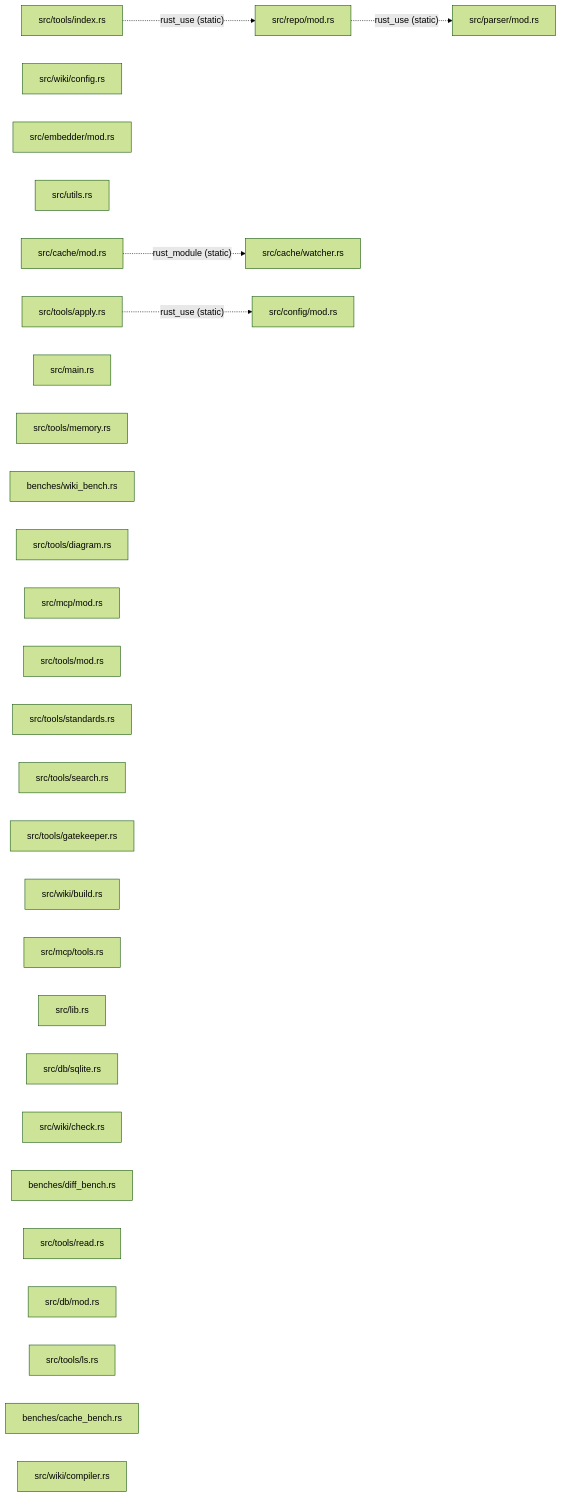
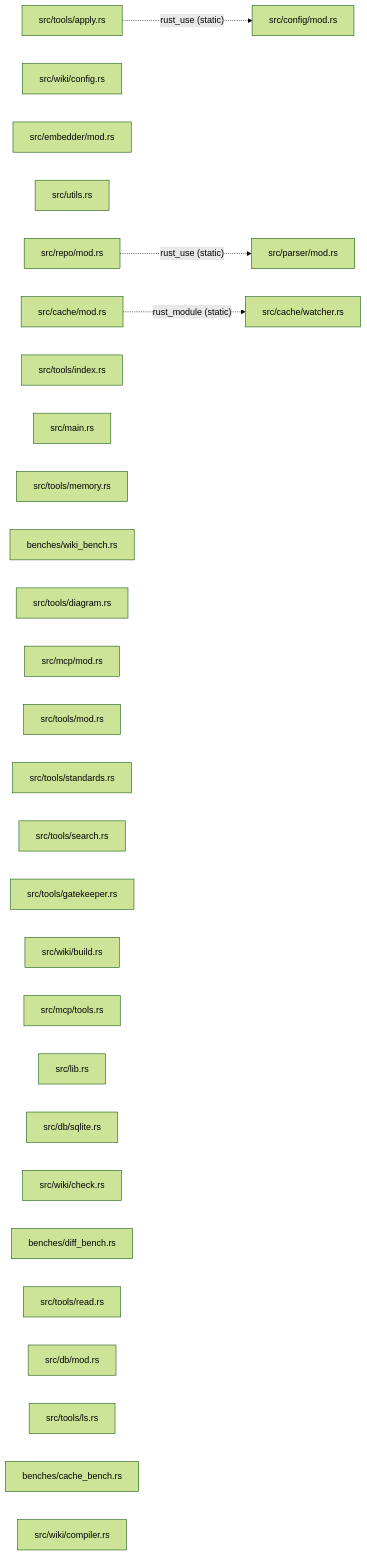
Before and after one commit to NMA-vc/klaar: the third of 4 diagrams in .klaar/wiki/technical/architecture.md, drawn with Mermaid (forest theme). The commit also changed other lines of this file and 13 other files, not shown here.

````diff
--- a/.klaar/wiki/technical/architecture.md
+++ b/.klaar/wiki/technical/architecture.md
@@ -113,37 +111,36 @@
 ```mermaid
 flowchart LR
   f15["src/tools/apply.rs"]
   f29["src/wiki/config.rs"]
   f8["src/embedder/mod.rs"]
   f25["src/utils.rs"]
   f14["src/repo/mod.rs"]
   f3["src/cache/mod.rs"]
   f18["src/tools/index.rs"]
   f10["src/main.rs"]
   f20["src/tools/memory.rs"]
   f2["benches/wiki_bench.rs"]
   f16["src/tools/diagram.rs"]
   f11["src/mcp/mod.rs"]
   f21["src/tools/mod.rs"]
   f24["src/tools/standards.rs"]
   f23["src/tools/search.rs"]
   f17["src/tools/gatekeeper.rs"]
   f26["src/wiki/build.rs"]
   f12["src/mcp/tools.rs"]
   f4["src/cache/watcher.rs"]
   f5["src/config/mod.rs"]
   f9["src/lib.rs"]
   f7["src/db/sqlite.rs"]
   f27["src/wiki/check.rs"]
   f1["benches/diff_bench.rs"]
   f22["src/tools/read.rs"]
   f6["src/db/mod.rs"]
   f19["src/tools/ls.rs"]
   f0["benches/cache_bench.rs"]
   f28["src/wiki/compiler.rs"]
   f13["src/parser/mod.rs"]
   f15 -. "rust_use (static)" .-> f5
   f14 -. "rust_use (static)" .-> f13
   f3 -. "rust_module (static)" .-> f4
-  f18 -. "rust_use (static)" .-> f14
 ```
````
